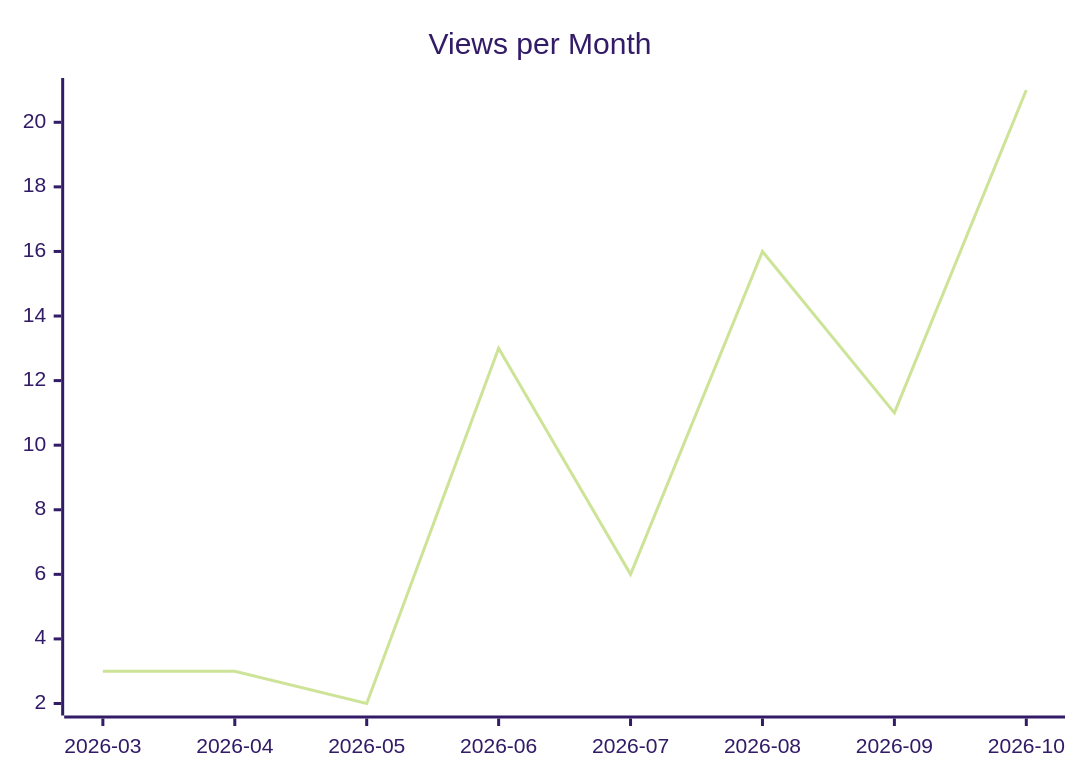
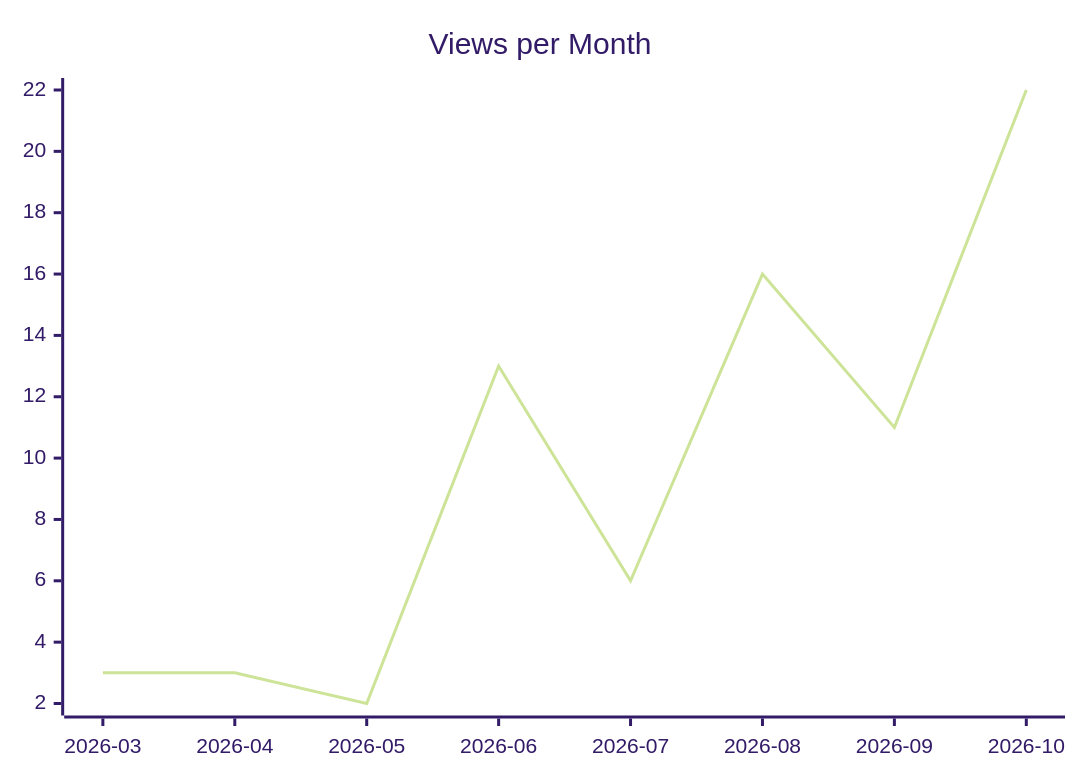
Before and after one commit to justdavis-family/github-analytics-data: the second of 3 diagrams in karlmdavis/rps-tourney/README.md, drawn with Mermaid (forest theme). The commit also changed other lines of this file and 200 other files, not shown here.

````diff
--- a/karlmdavis/rps-tourney/README.md
+++ b/karlmdavis/rps-tourney/README.md
@@ -12,6 +12,6 @@
 ```mermaid
 xychart-beta
   title "Views per Month"
   x-axis ["2026-03", "2026-04", "2026-05", "2026-06", "2026-07", "2026-08", "2026-09", "2026-10"]
-  line [3, 3, 2, 13, 6, 16, 11, 21]
+  line [3, 3, 2, 13, 6, 16, 11, 22]
 ```
````
